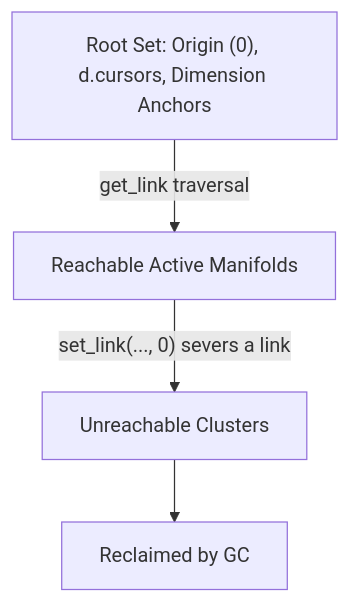
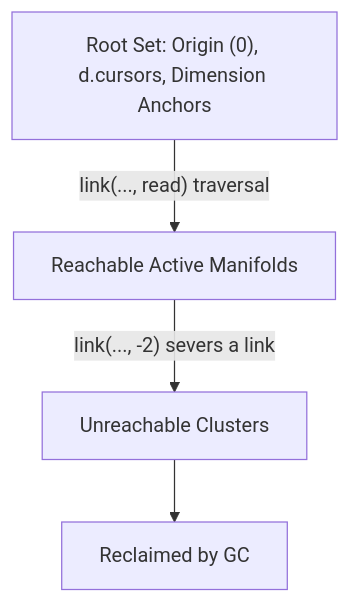
Before and after one commit to ccs4ever/gleditor: the diagram in design/vql-query-language.md, drawn with Mermaid. The commit also changed other lines of this file and 2 other files, not shown here.

````diff
--- a/design/vql-query-language.md
+++ b/design/vql-query-language.md
@@ -354,11 +365,11 @@
 ```mermaid
 graph TD
     Root["Root Set: Origin (0), d.cursors, Dimension Anchors"]
     Reach["Reachable Active Manifolds"]
     Unreach["Unreachable Clusters"]
     GC["Reclaimed by GC"]
 
-    Root -->|get_link traversal| Reach
-    Reach -->|"set_link(..., 0) severs a link"| Unreach
+    Root -->|"link(..., read)" traversal| Reach
+    Reach -->|"link(..., -2) severs a link"| Unreach
     Unreach --> GC
 ```
````
